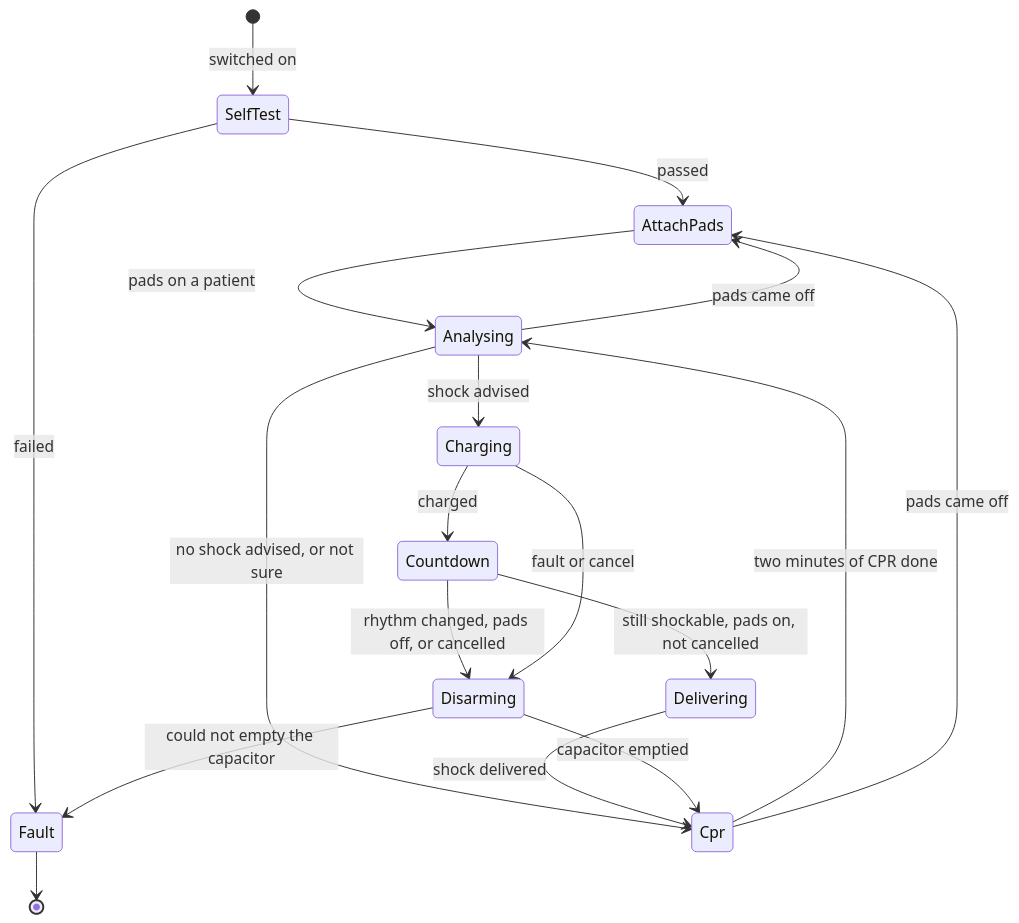
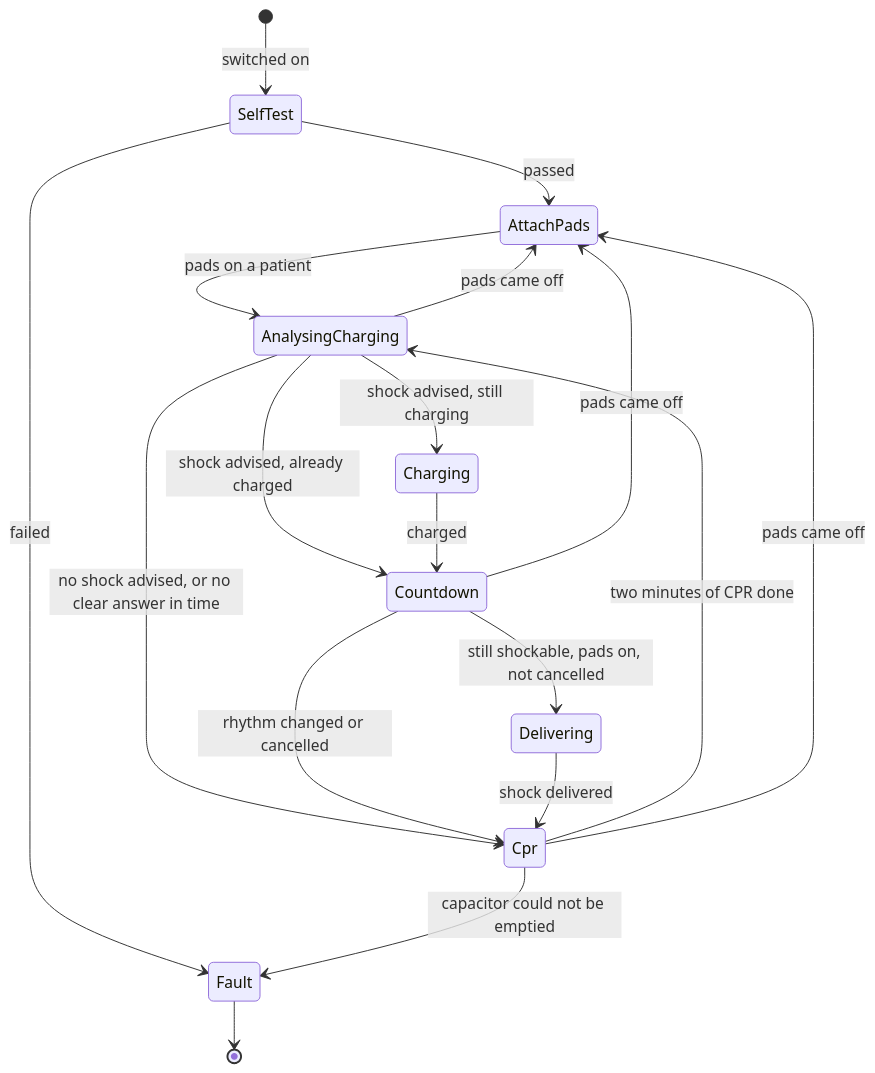
The second of 2 diagrams in docs/ARCHITECTURE.md (holdTheDoorHoid/open-aed), drawn with Mermaid before and after one commit. The commit also changed other lines of this file and 32 other files, not shown here.

First line of the commit message:
Implement owner decisions D-28..D-32: charge during analysis, 3 s countdown, cancel handling, wider pad sensing, sensor budget; fix F-5..F-9

````diff
--- a/docs/ARCHITECTURE.md
+++ b/docs/ARCHITECTURE.md
@@ -69,20 +69,20 @@
 ```mermaid
 stateDiagram-v2
     [*] --> SelfTest: switched on
     SelfTest --> AttachPads: passed
     SelfTest --> Fault: failed
-    AttachPads --> Analysing: pads on a patient
-    Analysing --> Charging: shock advised
-    Analysing --> Cpr: no shock advised, or not sure
+    AttachPads --> AnalysingCharging: pads on a patient
+    AnalysingCharging --> Countdown: shock advised, already charged
+    AnalysingCharging --> Charging: shock advised, still charging
     Charging --> Countdown: charged
+    AnalysingCharging --> Cpr: no shock advised, or no clear answer in time
     Countdown --> Delivering: still shockable, pads on, not cancelled
-    Countdown --> Disarming: rhythm changed, pads off, or cancelled
+    Countdown --> Cpr: rhythm changed or cancelled
+    Countdown --> AttachPads: pads came off
     Delivering --> Cpr: shock delivered
-    Disarming --> Cpr: capacitor emptied
-    Cpr --> Analysing: two minutes of CPR done
-    Analysing --> AttachPads: pads came off
+    Cpr --> AnalysingCharging: two minutes of CPR done
+    AnalysingCharging --> AttachPads: pads came off
     Cpr --> AttachPads: pads came off
-    Charging --> Disarming: fault or cancel
-    Disarming --> Fault: could not empty the capacitor
+    Cpr --> Fault: capacitor could not be emptied
     Fault --> [*]
 ```
````
